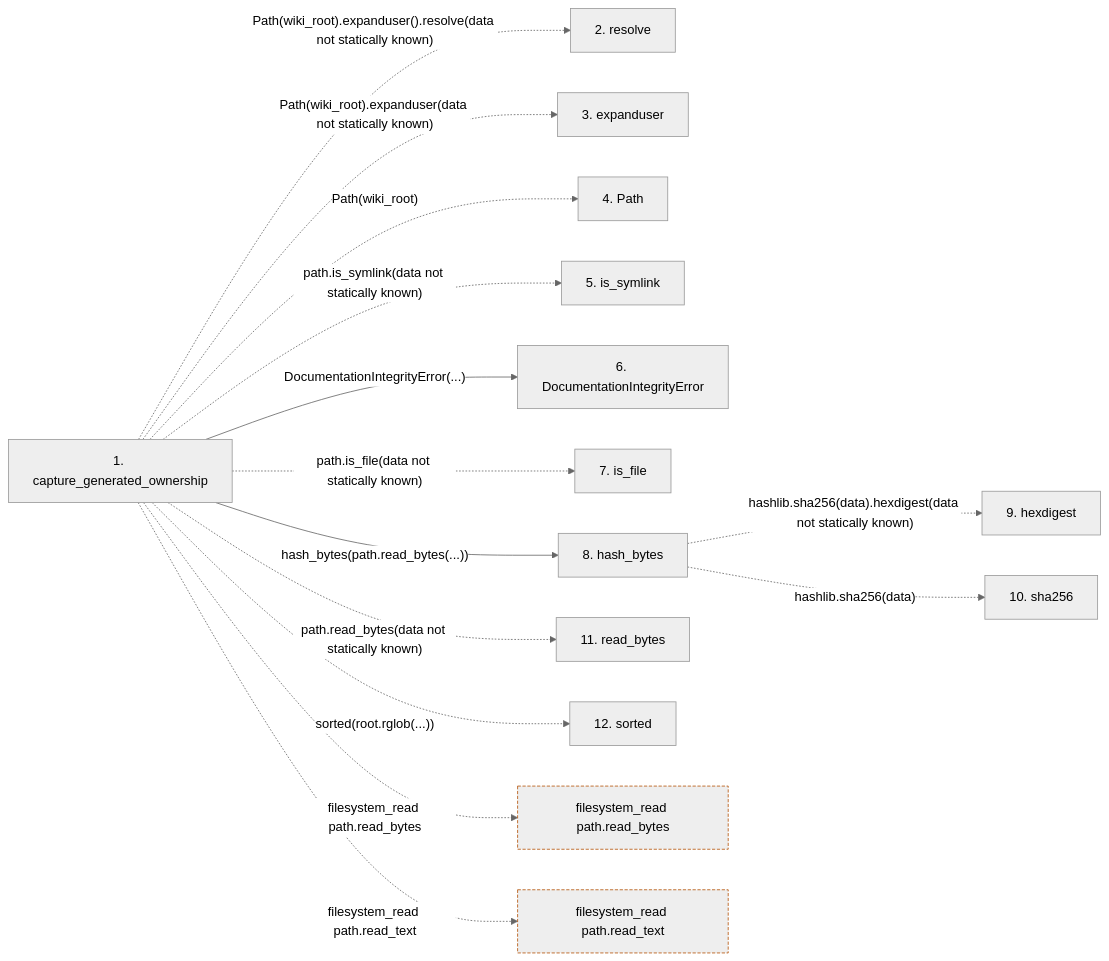
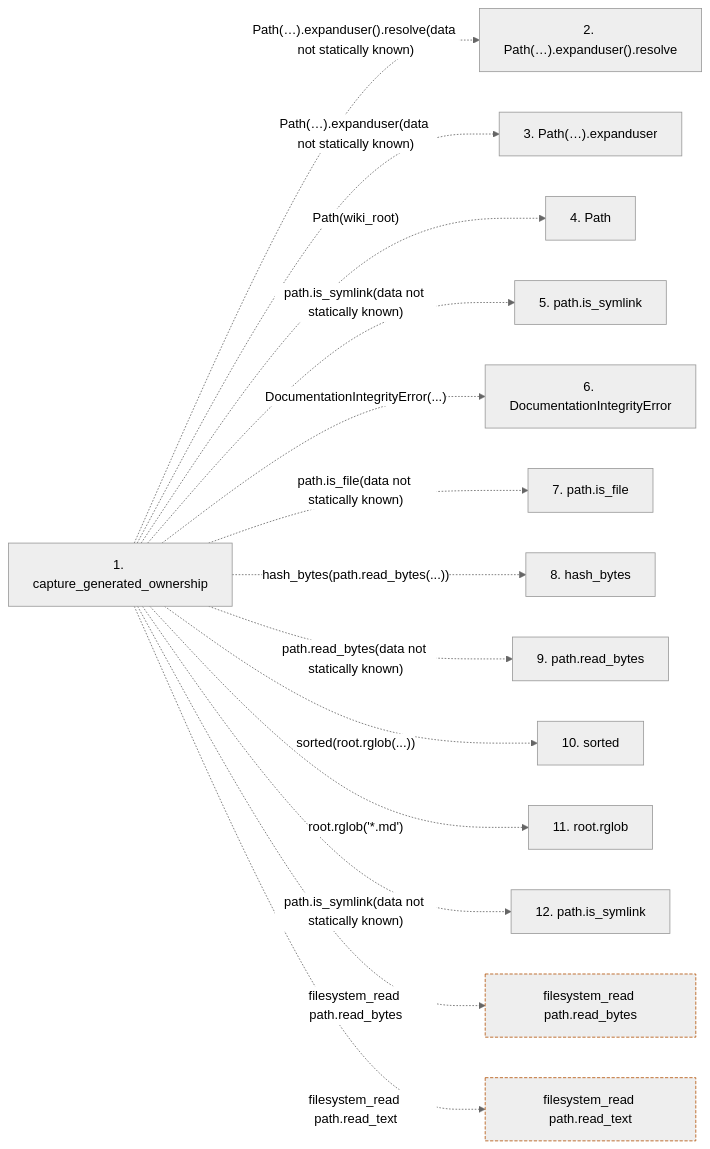
One commit to Denissvgn/python-wiki-llm changed the second of 2 diagrams in docs/llm_wiki/flows/api-capture_generated_ownership.md. Above: the diagram before and after it, drawn with Mermaid (neutral theme). The commit also changed other lines of this file and 719 other files, not shown here.

````diff
--- a/docs/llm_wiki/flows/api-capture_generated_ownership.md
+++ b/docs/llm_wiki/flows/api-capture_generated_ownership.md
@@ -75,36 +76,34 @@
 ```mermaid
 flowchart LR
     s1["1. capture_generated_ownership"]
-    s2["2. resolve"]
-    s3["3. expanduser"]
+    s2["2. Path(…).expanduser().resolve"]
+    s3["3. Path(…).expanduser"]
     s4["4. Path"]
-    s5["5. is_symlink"]
+    s5["5. path.is_symlink"]
     s6["6. DocumentationIntegrityError"]
-    s7["7. is_file"]
+    s7["7. path.is_file"]
     s8["8. hash_bytes"]
-    s9["9. hexdigest"]
-    s10["10. sha256"]
-    s11["11. read_bytes"]
-    s12["12. sorted"]
-    s1 -. "Path(wiki_root).expanduser().resolve(data not statically known)" .-> s2
-    s1 -. "Path(wiki_root).expanduser(data not statically known)" .-> s3
+    s9["9. path.read_bytes"]
+    s10["10. sorted"]
+    s11["11. root.rglob"]
+    s12["12. path.is_symlink"]
+    s1 -. "Path(…).expanduser().resolve(data not statically known)" .-> s2
+    s1 -. "Path(…).expanduser(data not statically known)" .-> s3
     s1 -. "Path(wiki_root)" .-> s4
     s1 -. "path.is_symlink(data not statically known)" .-> s5
-    s1 -->|"DocumentationIntegrityError(...)"| s6
+    s1 -. "DocumentationIntegrityError(...)" .-> s6
     s1 -. "path.is_file(data not statically known)" .-> s7
-    s1 -->|"hash_bytes(path.read_bytes(...))"| s8
-    s8 -. "hashlib.sha256(data).hexdigest(data not statically known)" .-> s9
-    s8 -. "hashlib.sha256(data)" .-> s10
-    s1 -. "path.read_bytes(data not statically known)" .-> s11
-    s1 -. "sorted(root.rglob(...))" .-> s12
+    s1 -. "hash_bytes(path.read_bytes(...))" .-> s8
+    s1 -. "path.read_bytes(data not statically known)" .-> s9
+    s1 -. "sorted(root.rglob(...))" .-> s10
+    s1 -. "root.rglob('*.md')" .-> s11
+    s1 -. "path.is_symlink(data not statically known)" .-> s12
     b0["filesystem_read path.read_bytes"]
     s1 -. "filesystem_read path.read_bytes" .-> b0
     b1["filesystem_read path.read_text"]
     s1 -. "filesystem_read path.read_text" .-> b1
     click s1 "../modules/integrity.md"
-    click s6 "../modules/documentation_run_contracts.md"
-    click s8 "../modules/documentation_policy.md"
     classDef boundary stroke:#b45309,stroke-dasharray: 4 2
     class b0 boundary
     class b1 boundary
 ```
````
